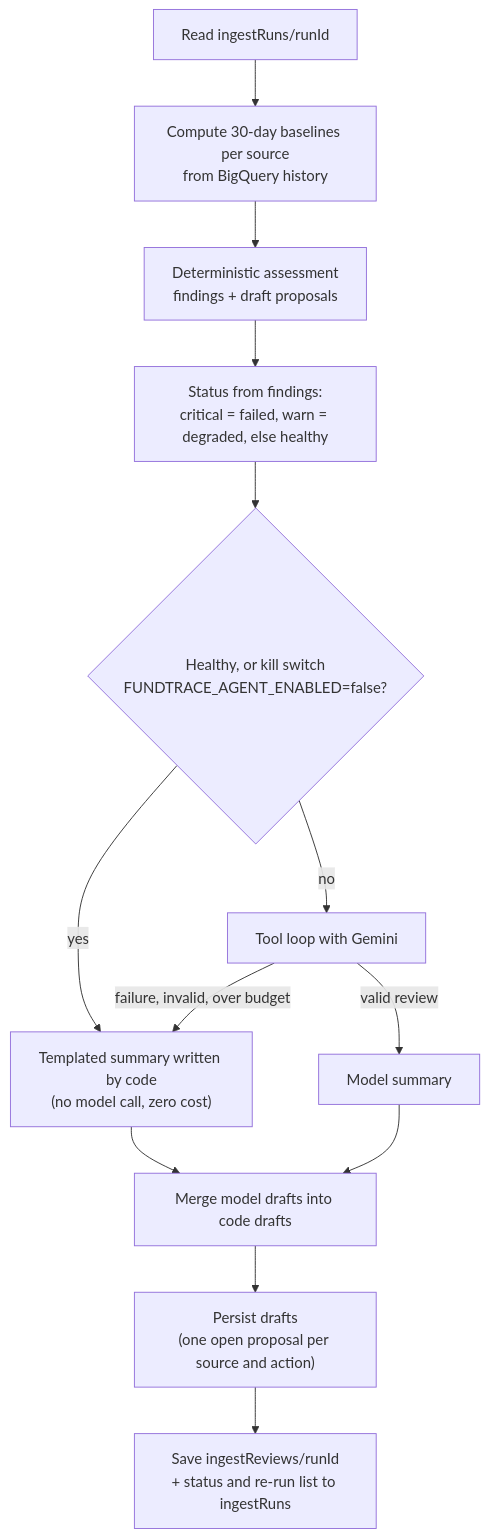
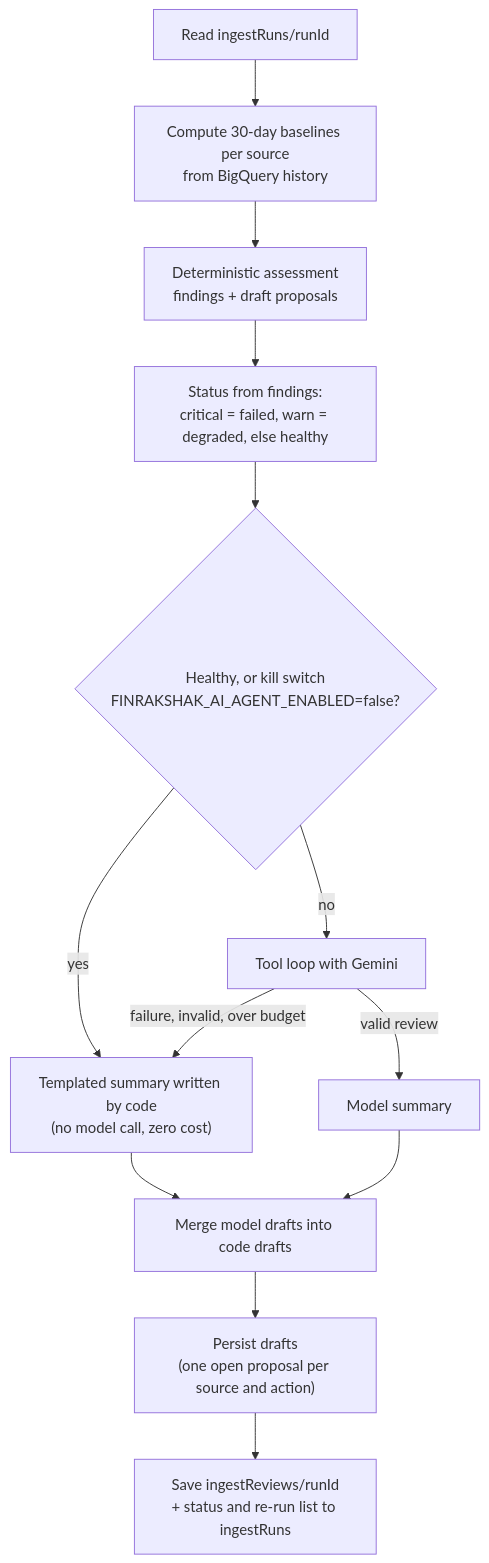
The eighth of 11 diagrams in docs/ingestion-agent-readme.md (Sanchit-Datir/finrakshak-ai), drawn with Mermaid before and after one commit. The commit also changed other lines of this file and 305 other files, not shown here.

````diff
--- a/docs/ingestion-agent-readme.md
+++ b/docs/ingestion-agent-readme.md
@@ -363,15 +363,15 @@
 ```mermaid
 flowchart TD
   RUN["Read ingestRuns/runId"] --> BL["Compute 30-day baselines per source<br/>from BigQuery history"]
   BL --> AS["Deterministic assessment<br/>findings + draft proposals"]
   AS --> ST["Status from findings:<br/>critical = failed, warn = degraded, else healthy"]
-  ST --> Q{"Healthy, or kill switch<br/>FUNDTRACE_AGENT_ENABLED=false?"}
+  ST --> Q{"Healthy, or kill switch<br/>FINRAKSHAK_AI_AGENT_ENABLED=false?"}
   Q -->|"yes"| TPL["Templated summary written by code<br/>(no model call, zero cost)"]
   Q -->|"no"| LOOP["Tool loop with Gemini"]
   LOOP -->|"valid review"| SUM["Model summary"]
   LOOP -->|"failure, invalid, over budget"| TPL
   TPL --> MG["Merge model drafts into code drafts"]
   SUM --> MG
   MG --> PD["Persist drafts<br/>(one open proposal per source and action)"]
   PD --> SV["Save ingestReviews/runId<br/>+ status and re-run list to ingestRuns"]
 ```
````
